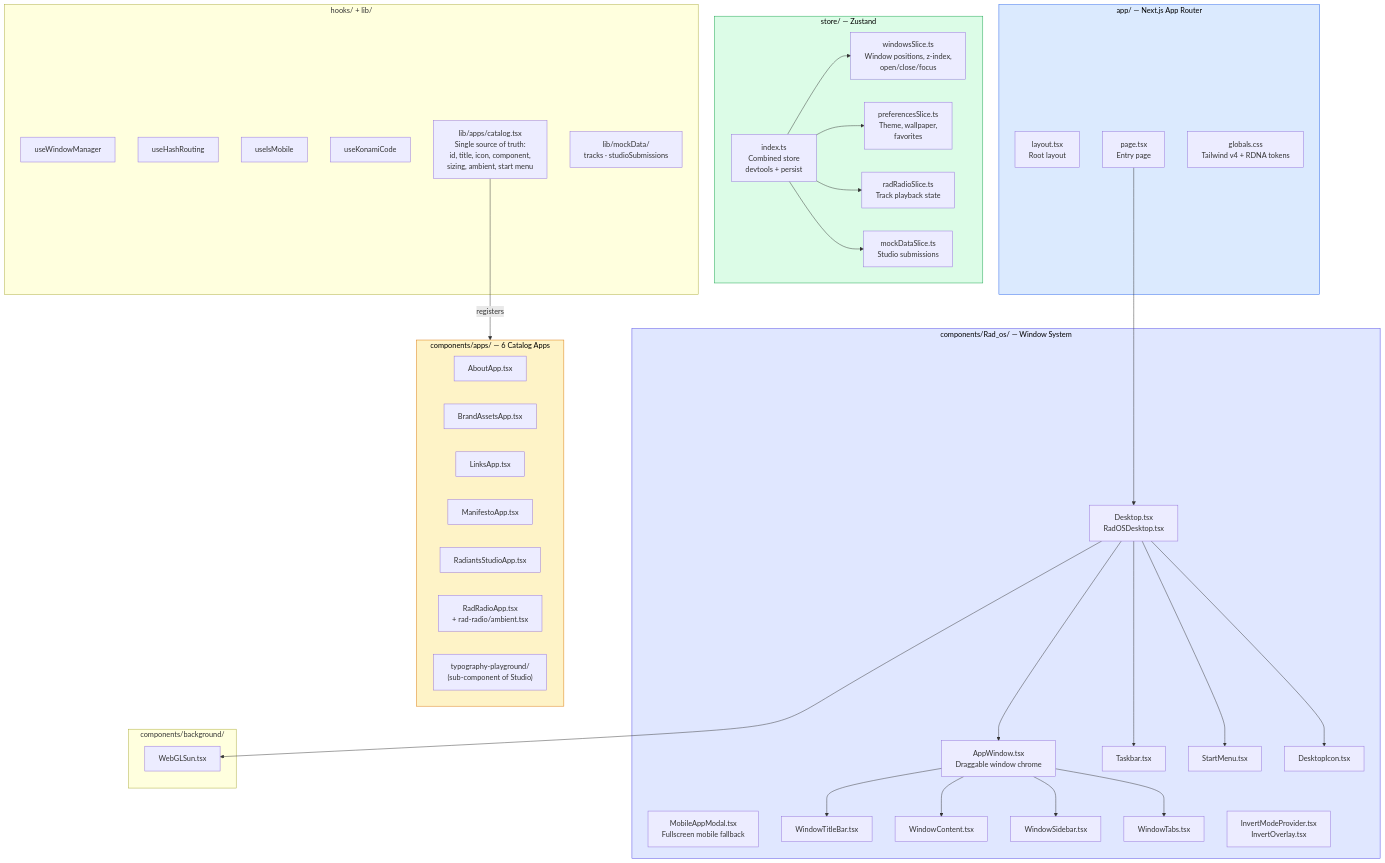
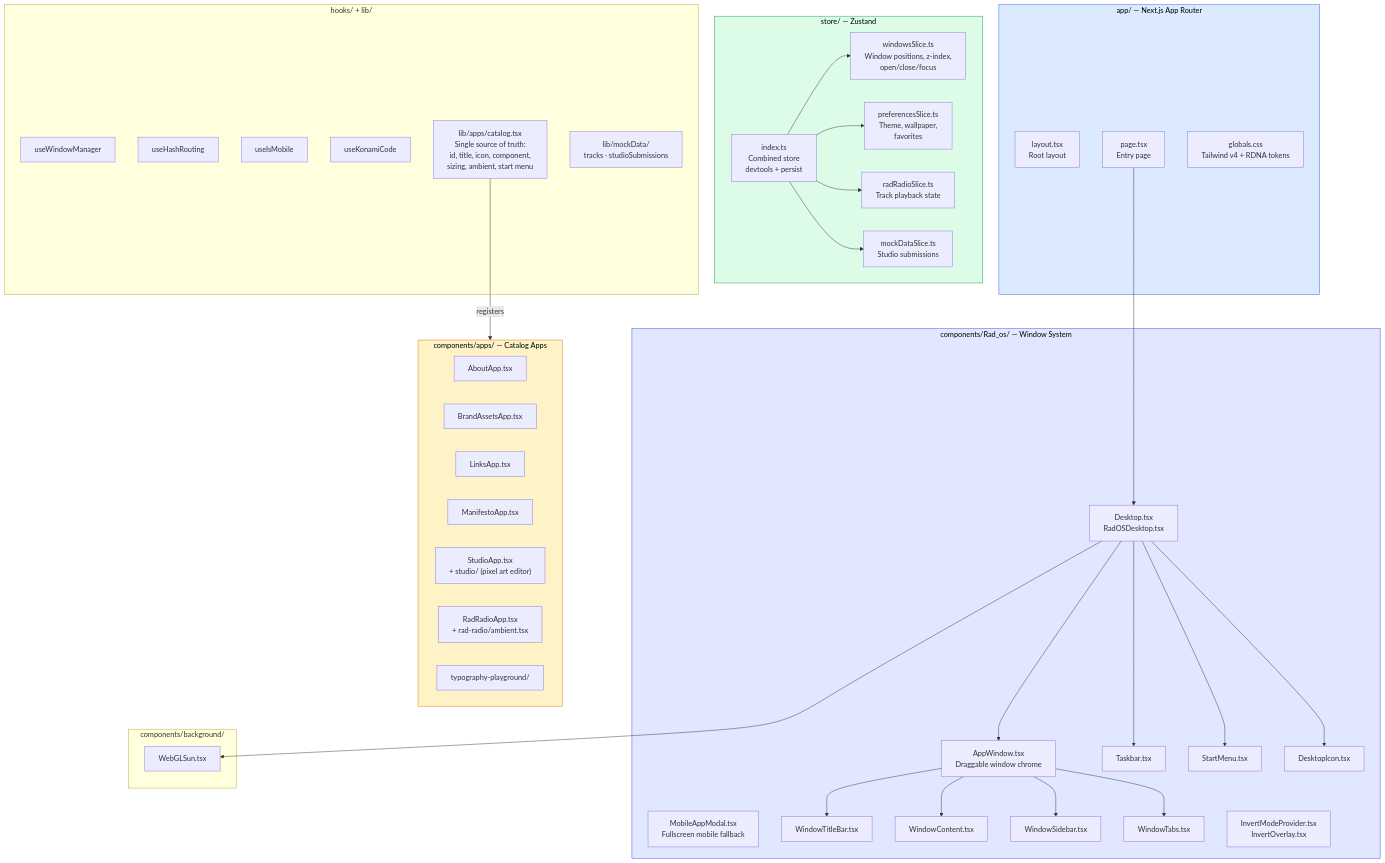
One commit to Radiants-DAO/DNA changed the fourth of 11 diagrams in docs/CODEMAP.md. Above: the diagram before and after it, drawn with Mermaid. The commit also changed 14 other files, not shown here.

````diff
--- a/docs/CODEMAP.md
+++ b/docs/CODEMAP.md
@@ -226,74 +226,74 @@
 ```mermaid
 graph TB
     subgraph NEXTJS["app/ — Next.js App Router"]
         LAYOUT["layout.tsx<br/>Root layout"]
         PAGE["page.tsx<br/>Entry page"]
         GLOBALS["globals.css<br/>Tailwind v4 + RDNA tokens"]
     end
 
     subgraph WINDOW_SYSTEM["components/Rad_os/ — Window System"]
         DESKTOP["Desktop.tsx<br/>RadOSDesktop.tsx"]
         APPWINDOW["AppWindow.tsx<br/>Draggable window chrome"]
         MOBILE_MODAL["MobileAppModal.tsx<br/>Fullscreen mobile fallback"]
         TITLEBAR["WindowTitleBar.tsx"]
         CONTENT["WindowContent.tsx"]
         SIDEBAR["WindowSidebar.tsx"]
         TABS["WindowTabs.tsx"]
         TASKBAR["Taskbar.tsx"]
         STARTMENU["StartMenu.tsx"]
         DESKICON["DesktopIcon.tsx"]
         INVERT["InvertModeProvider.tsx<br/>InvertOverlay.tsx"]
     end
 
-    subgraph APP_COMPONENTS["components/apps/ — 6 Catalog Apps"]
+    subgraph APP_COMPONENTS["components/apps/ — Catalog Apps"]
         ABOUT["AboutApp.tsx"]
         BRAND["BrandAssetsApp.tsx"]
         LINKS["LinksApp.tsx"]
         MANIFESTO["ManifestoApp.tsx"]
-        STUDIO["RadiantsStudioApp.tsx"]
+        STUDIO["StudioApp.tsx<br/>+ studio/ (pixel art editor)"]
         RADIO["RadRadioApp.tsx<br/>+ rad-radio/ambient.tsx"]
-        TYPE_PG["typography-playground/<br/>(sub-component of Studio)"]
+        TYPE_PG["typography-playground/"]
     end
 
     subgraph STATE["store/ — Zustand"]
         STORE_INDEX["index.ts<br/>Combined store<br/>devtools + persist"]
         WINDOWS_SLICE["windowsSlice.ts<br/>Window positions, z-index,<br/>open/close/focus"]
         PREFS_SLICE["preferencesSlice.ts<br/>Theme, wallpaper,<br/>favorites"]
         RADIO_SLICE["radRadioSlice.ts<br/>Track playback state"]
         MOCK_SLICE["mockDataSlice.ts<br/>Studio submissions"]
     end
 
     subgraph HOOKS_LIB["hooks/ + lib/"]
         USE_WM["useWindowManager"]
         USE_HASH["useHashRouting"]
         USE_MOBILE["useIsMobile"]
         USE_KONAMI["useKonamiCode"]
         APP_CATALOG["lib/apps/catalog.tsx<br/>Single source of truth:<br/>id, title, icon, component,<br/>sizing, ambient, start menu"]
         MOCK_DATA["lib/mockData/<br/>tracks · studioSubmissions"]
     end
 
     subgraph BG["components/background/"]
         WEBGL_SUN["WebGLSun.tsx"]
     end
 
     PAGE --> DESKTOP
     DESKTOP --> APPWINDOW
     DESKTOP --> TASKBAR
     DESKTOP --> STARTMENU
     DESKTOP --> DESKICON
     DESKTOP --> WEBGL_SUN
     APPWINDOW --> TITLEBAR
     APPWINDOW --> CONTENT
     APPWINDOW --> SIDEBAR
     APPWINDOW --> TABS
     APP_CATALOG -->|"registers"| APP_COMPONENTS
     STORE_INDEX --> WINDOWS_SLICE
     STORE_INDEX --> PREFS_SLICE
     STORE_INDEX --> RADIO_SLICE
     STORE_INDEX --> MOCK_SLICE
 
     style NEXTJS fill:#dbeafe,stroke:#2563eb,color:#000
     style WINDOW_SYSTEM fill:#e0e7ff,stroke:#4f46e5,color:#000
     style APP_COMPONENTS fill:#fef3c7,stroke:#d97706,color:#000
     style STATE fill:#dcfce7,stroke:#16a34a,color:#000
 ```
````
